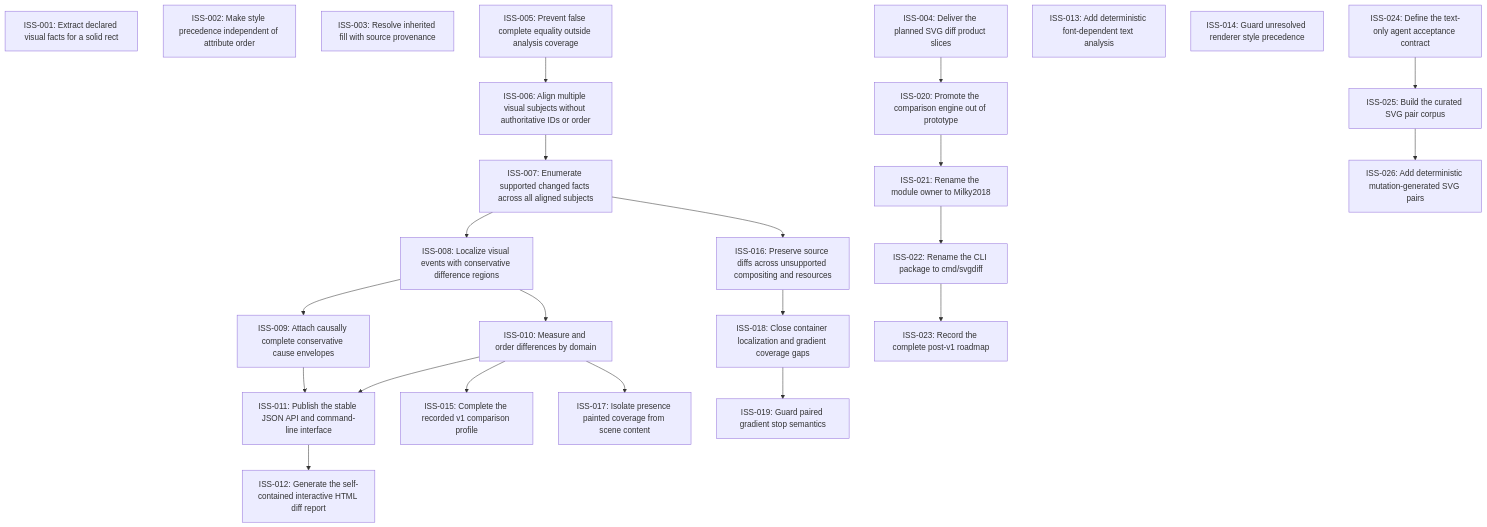
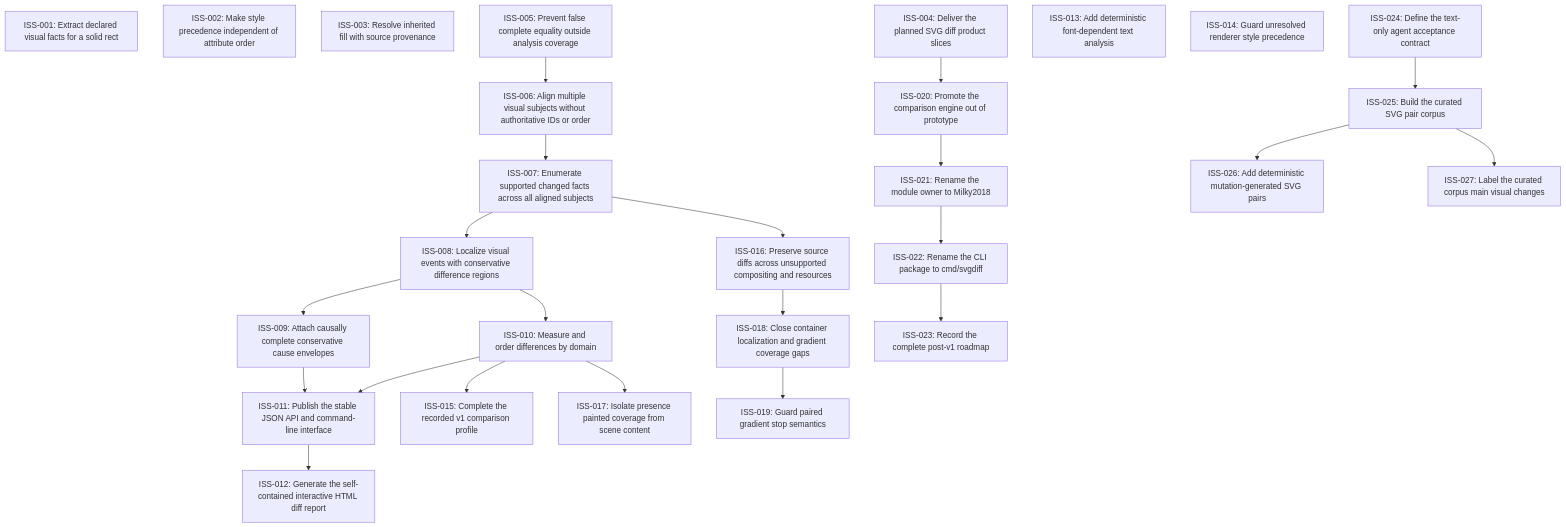
One commit to moonbit-community/svgdiff changed the diagram in issues/README.md. Above: the diagram before and after it, drawn with Mermaid. The commit also changed 6 other files, not shown here.

Commit message:
Add curated corpus main-change labels

````diff
--- a/issues/README.md
+++ b/issues/README.md
@@ -18,48 +18,50 @@
 ```mermaid
 graph TD
   ISS_001["ISS-001: Extract declared visual facts for a solid rect"]
   ISS_002["ISS-002: Make style precedence independent of attribute order"]
   ISS_003["ISS-003: Resolve inherited fill with source provenance"]
   ISS_004["ISS-004: Deliver the planned SVG diff product slices"]
   ISS_005["ISS-005: Prevent false complete equality outside analysis coverage"]
   ISS_006["ISS-006: Align multiple visual subjects without authoritative IDs or order"]
   ISS_007["ISS-007: Enumerate supported changed facts across all aligned subjects"]
   ISS_008["ISS-008: Localize visual events with conservative difference regions"]
   ISS_009["ISS-009: Attach causally complete conservative cause envelopes"]
   ISS_010["ISS-010: Measure and order differences by domain"]
   ISS_011["ISS-011: Publish the stable JSON API and command-line interface"]
   ISS_012["ISS-012: Generate the self-contained interactive HTML diff report"]
   ISS_013["ISS-013: Add deterministic font-dependent text analysis"]
   ISS_014["ISS-014: Guard unresolved renderer style precedence"]
   ISS_015["ISS-015: Complete the recorded v1 comparison profile"]
   ISS_016["ISS-016: Preserve source diffs across unsupported compositing and resources"]
   ISS_017["ISS-017: Isolate presence painted coverage from scene content"]
   ISS_018["ISS-018: Close container localization and gradient coverage gaps"]
   ISS_019["ISS-019: Guard paired gradient stop semantics"]
   ISS_020["ISS-020: Promote the comparison engine out of prototype"]
   ISS_021["ISS-021: Rename the module owner to Milky2018"]
   ISS_022["ISS-022: Rename the CLI package to cmd/svgdiff"]
   ISS_023["ISS-023: Record the complete post-v1 roadmap"]
   ISS_024["ISS-024: Define the text-only agent acceptance contract"]
   ISS_025["ISS-025: Build the curated SVG pair corpus"]
   ISS_026["ISS-026: Add deterministic mutation-generated SVG pairs"]
+  ISS_027["ISS-027: Label the curated corpus main visual changes"]
   ISS_005 --> ISS_006
   ISS_006 --> ISS_007
   ISS_007 --> ISS_008
   ISS_008 --> ISS_009
   ISS_008 --> ISS_010
   ISS_009 --> ISS_011
   ISS_010 --> ISS_011
   ISS_011 --> ISS_012
   ISS_010 --> ISS_015
   ISS_007 --> ISS_016
   ISS_010 --> ISS_017
   ISS_016 --> ISS_018
   ISS_018 --> ISS_019
   ISS_004 --> ISS_020
   ISS_020 --> ISS_021
   ISS_021 --> ISS_022
   ISS_022 --> ISS_023
   ISS_024 --> ISS_025
   ISS_025 --> ISS_026
+  ISS_025 --> ISS_027
 ```
````
